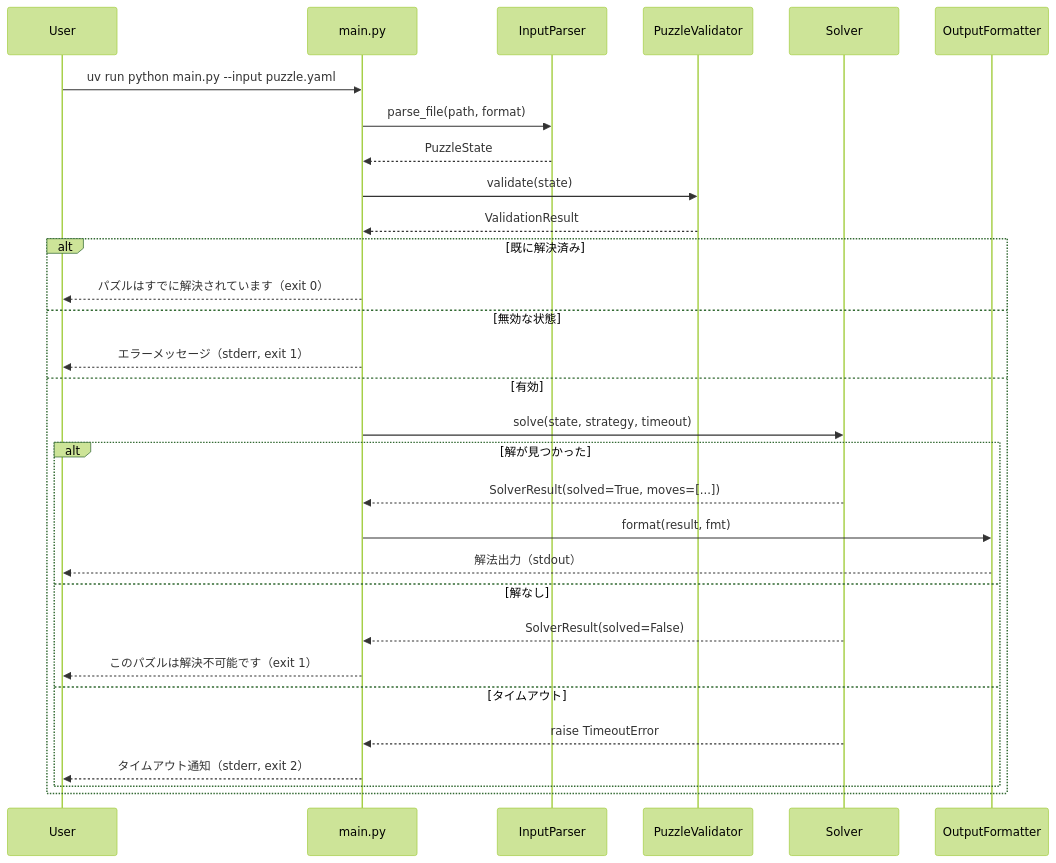
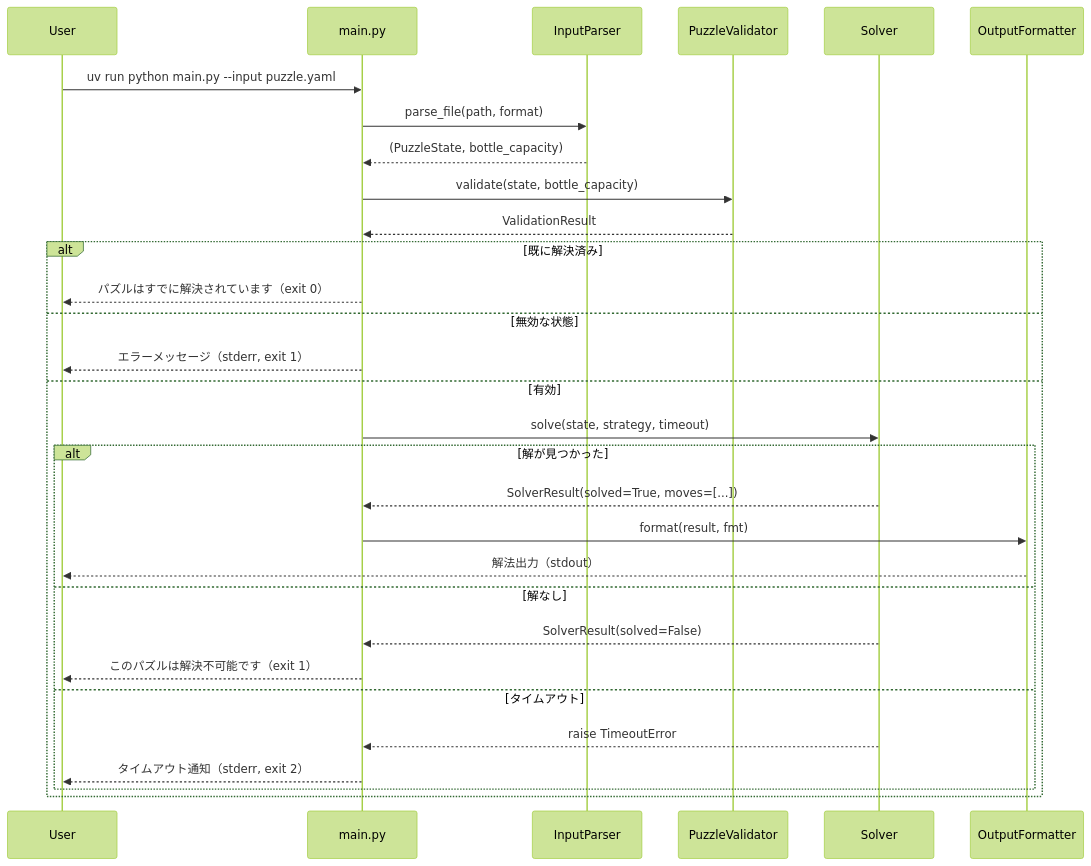
The second of 5 diagrams in .kiro/specs/water-sort-solver-cli/design.md (mat-der-D/water-sort-puzzle-solver-2026), drawn with Mermaid (forest theme) before and after one commit. The commit also changed other lines of this file, not shown here.

````diff
--- a/.kiro/specs/water-sort-solver-cli/design.md
+++ b/.kiro/specs/water-sort-solver-cli/design.md
@@ -83,33 +83,33 @@
 ```mermaid
 sequenceDiagram
     participant User
     participant Main as main.py
     participant Parser as InputParser
     participant Validator as PuzzleValidator
     participant Solver as Solver
     participant Formatter as OutputFormatter
 
     User->>Main: uv run python main.py --input puzzle.yaml
     Main->>Parser: parse_file(path, format)
-    Parser-->>Main: PuzzleState
-    Main->>Validator: validate(state)
+    Parser-->>Main: (PuzzleState, bottle_capacity)
+    Main->>Validator: validate(state, bottle_capacity)
     Validator-->>Main: ValidationResult
     alt 既に解決済み
         Main-->>User: パズルはすでに解決されています（exit 0）
     else 無効な状態
         Main-->>User: エラーメッセージ（stderr, exit 1）
     else 有効
         Main->>Solver: solve(state, strategy, timeout)
         alt 解が見つかった
             Solver-->>Main: SolverResult(solved=True, moves=[...])
             Main->>Formatter: format(result, fmt)
             Formatter-->>User: 解法出力（stdout）
         else 解なし
             Solver-->>Main: SolverResult(solved=False)
             Main-->>User: このパズルは解決不可能です（exit 1）
         else タイムアウト
             Solver-->>Main: raise TimeoutError
             Main-->>User: タイムアウト通知（stderr, exit 2）
         end
     end
 ```
````
